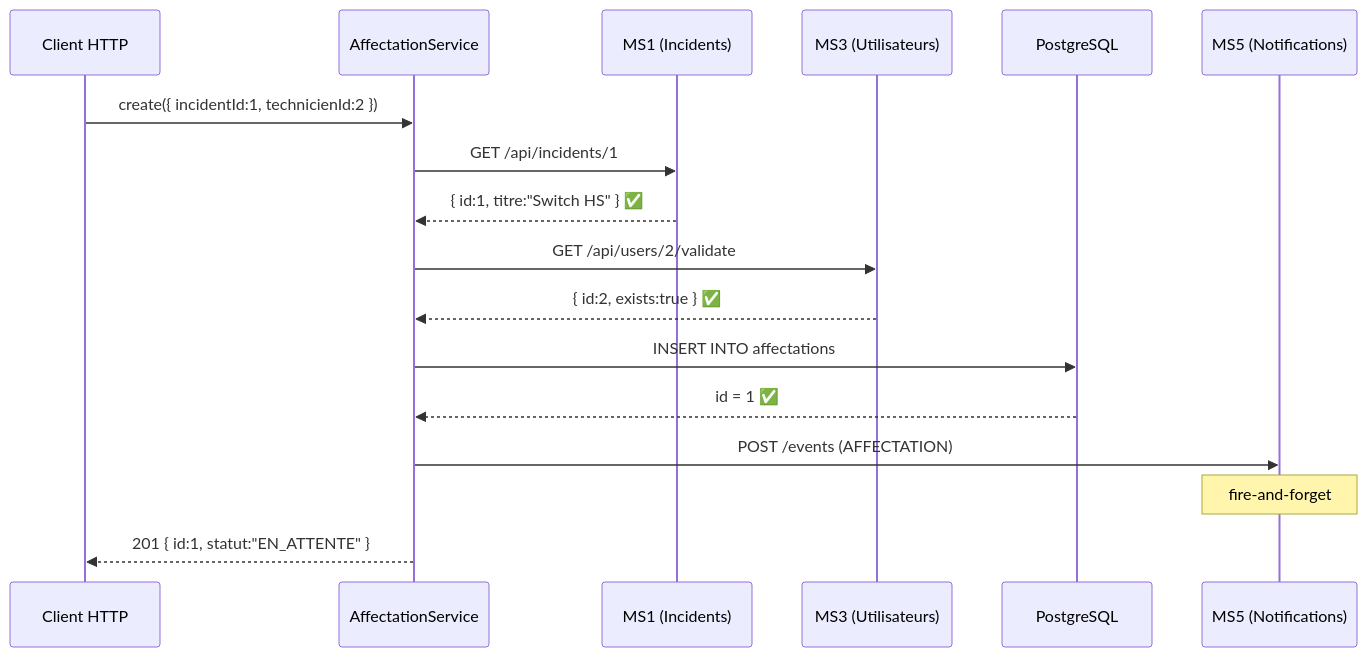
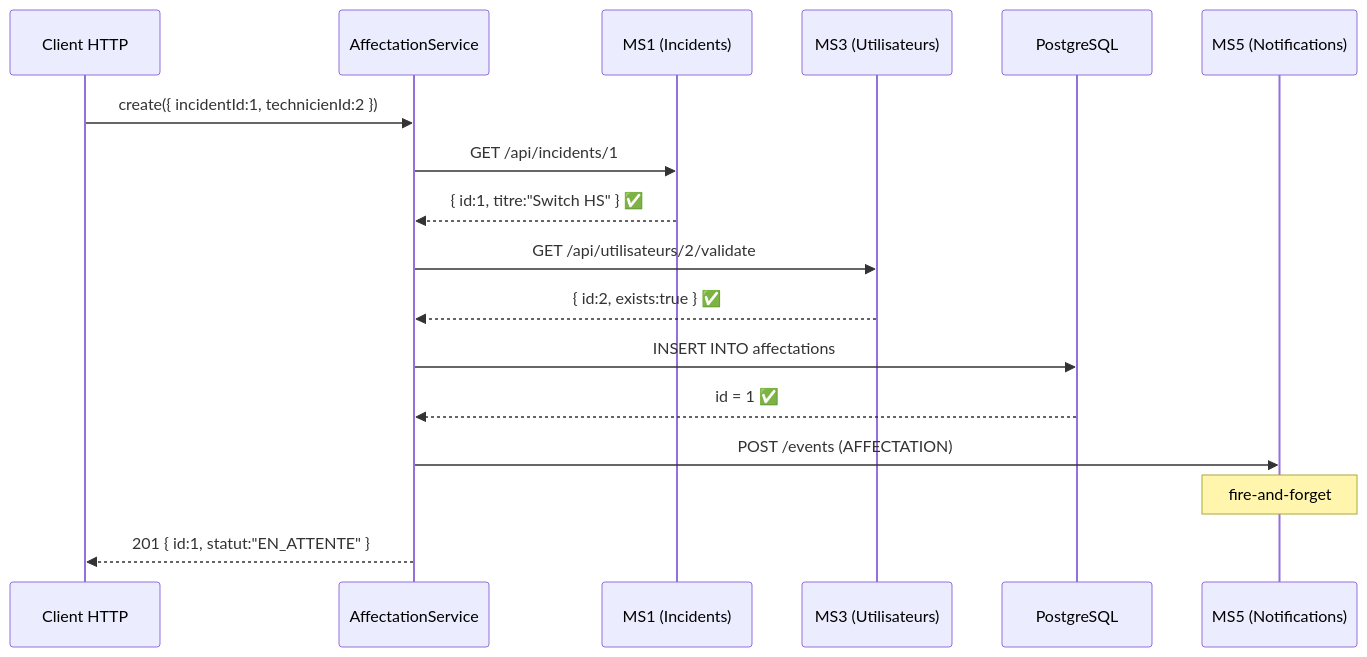
Before and after one commit to ZAKARIAE48CHELLE/gestion-des-incidents-IT: the fourth of 5 diagrams in Affectation-Et-Traitement/walkthrough.md, drawn with Mermaid. The commit also changed other lines of this file and 12 other files, not shown here.

````diff
--- a/Affectation-Et-Traitement/walkthrough.md
+++ b/Affectation-Et-Traitement/walkthrough.md
@@ -543,25 +543,25 @@
 ```mermaid
 sequenceDiagram
     participant C as Client HTTP
     participant S as AffectationService
     participant MS1 as MS1 (Incidents)
     participant MS3 as MS3 (Utilisateurs)
     participant DB as PostgreSQL
     participant MS5 as MS5 (Notifications)
 
     C->>S: create({ incidentId:1, technicienId:2 })
     
     S->>MS1: GET /api/incidents/1
     MS1-->>S: { id:1, titre:"Switch HS" } ✅
     
-    S->>MS3: GET /api/users/2/validate
+    S->>MS3: GET /api/utilisateurs/2/validate
     MS3-->>S: { id:2, exists:true } ✅
     
     S->>DB: INSERT INTO affectations
     DB-->>S: id = 1 ✅
     
     S->>MS5: POST /events (AFFECTATION)
     Note over MS5: fire-and-forget
     
     S-->>C: 201 { id:1, statut:"EN_ATTENTE" }
 ```
````
